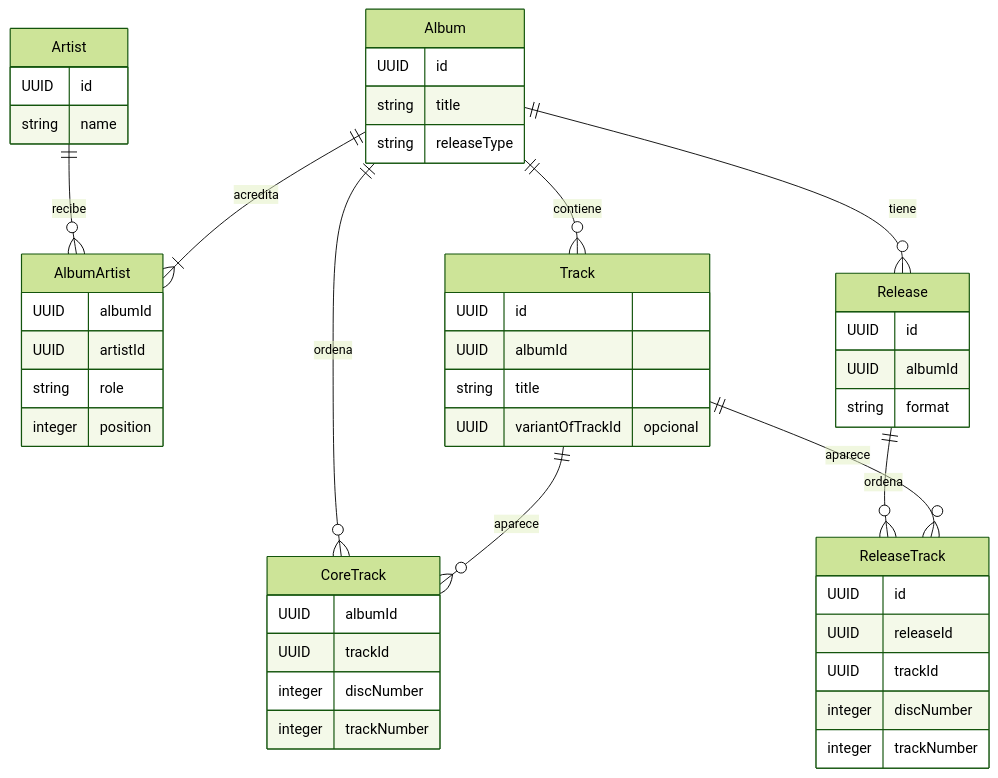
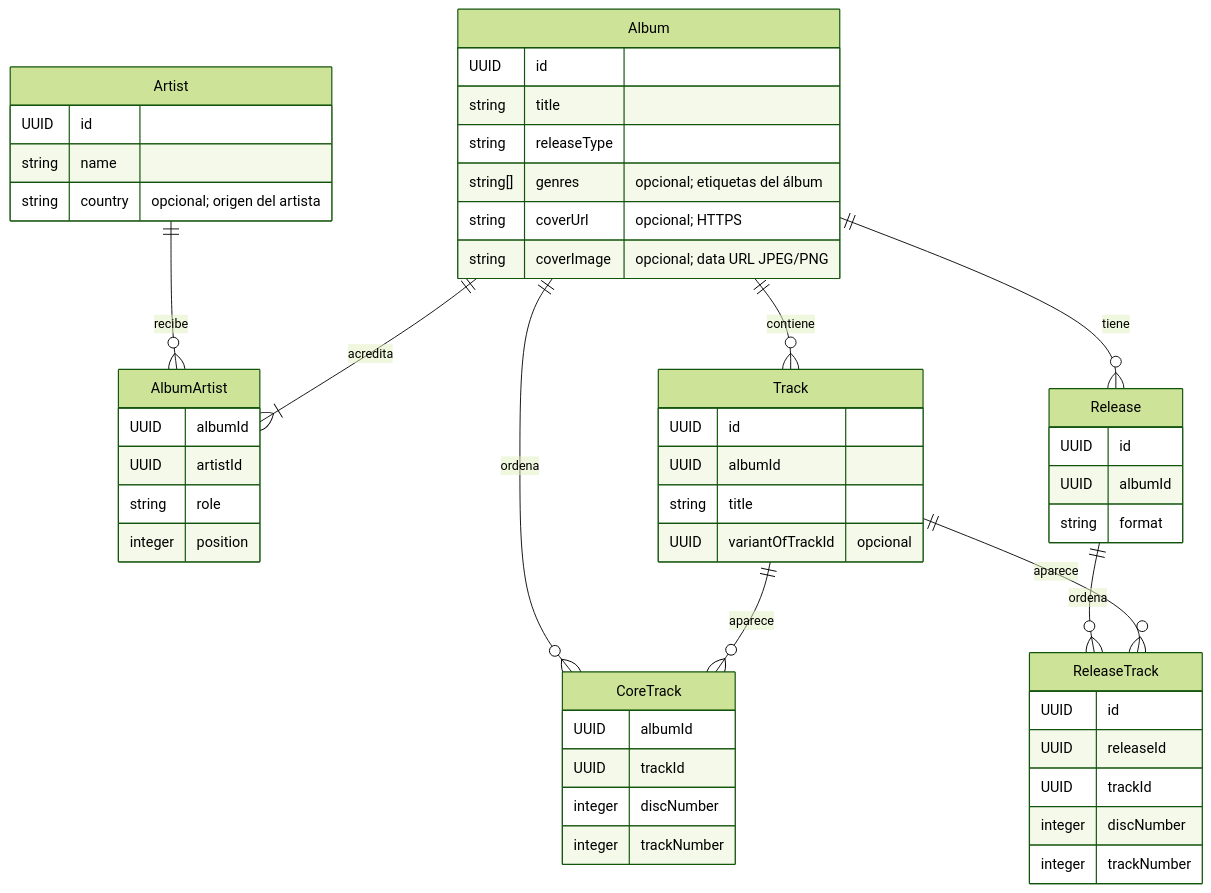
Before and after one commit to NicoCG32/Auditorium: the first of 6 diagrams in docs/MODELO_DOMINIO.md, drawn with Mermaid (forest theme). The commit also changed other lines of this file and 62 other files, not shown here.

````diff
--- a/docs/MODELO_DOMINIO.md
+++ b/docs/MODELO_DOMINIO.md
@@ -29,51 +29,55 @@
 ```mermaid
 erDiagram
     Artist ||--o{ AlbumArtist : recibe
     Album ||--|{ AlbumArtist : acredita
     Album ||--o{ Track : contiene
     Album ||--o{ CoreTrack : ordena
     Track ||--o{ CoreTrack : aparece
     Album ||--o{ Release : tiene
     Release ||--o{ ReleaseTrack : ordena
     Track ||--o{ ReleaseTrack : aparece
 
     Artist {
         UUID id
         string name
+        string country "opcional; origen del artista"
     }
     Album {
         UUID id
         string title
         string releaseType
+        string[] genres "opcional; etiquetas del álbum"
+        string coverUrl "opcional; HTTPS"
+        string coverImage "opcional; data URL JPEG/PNG"
     }
     AlbumArtist {
         UUID albumId
         UUID artistId
         string role
         integer position
     }
     Track {
         UUID id
         UUID albumId
         string title
         UUID variantOfTrackId "opcional"
     }
     CoreTrack {
         UUID albumId
         UUID trackId
         integer discNumber
         integer trackNumber
     }
     Release {
         UUID id
         UUID albumId
         string format
     }
     ReleaseTrack {
         UUID id
         UUID releaseId
         UUID trackId
         integer discNumber
         integer trackNumber
     }
 ```
````
